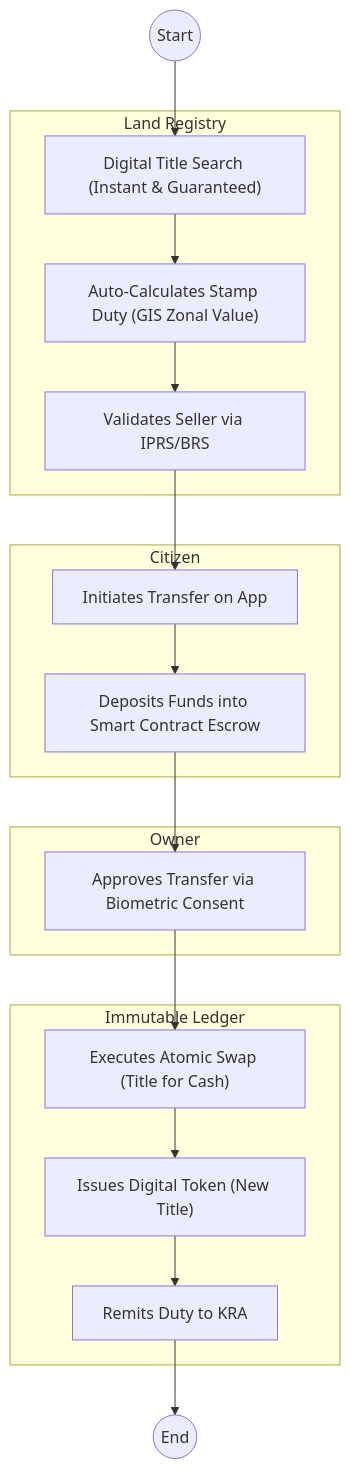
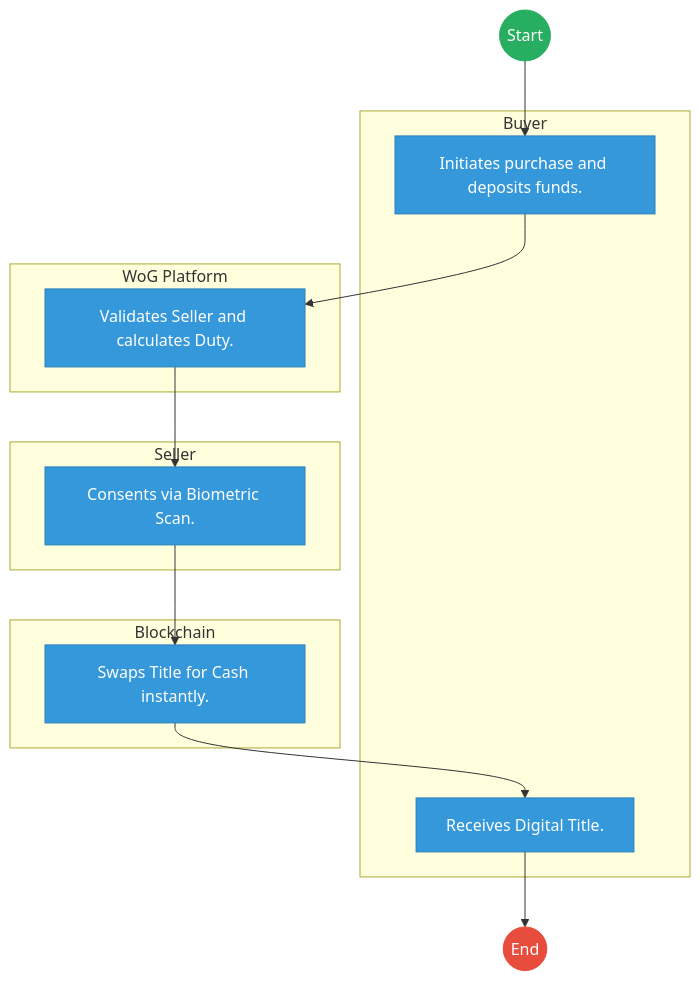
Before and after one commit to BITZ-IT-Consulting-LTD/ictapoc: the second of 2 diagrams in mdas/docs_final/STATE_DEPARTMENT_FOR_LANDS_AND_PHYSICAL_PLANNING___Service_Delivery.md, drawn with Mermaid. The commit also changed other lines of this file and 461 other files, not shown here.

````diff
--- a/mdas/docs_final/STATE_DEPARTMENT_FOR_LANDS_AND_PHYSICAL_PLANNING___Service_Delivery.md
+++ b/mdas/docs_final/STATE_DEPARTMENT_FOR_LANDS_AND_PHYSICAL_PLANNING___Service_Delivery.md
@@ -133,31 +132,35 @@
 ```mermaid
 graph TD
     Start((Start)) --> S1
-    subgraph WoG_Platform [Land Registry]
-        S1["Digital Title Search (Instant & Guaranteed)"]
-        S2["Auto-Calculates Stamp Duty (GIS Zonal Value)"]
-        S3["Validates Seller via IPRS/BRS"]
+
+    subgraph Buyer [Buyer]
+        S1["Initiates purchase and deposits funds."]
+        S5["Receives Digital Title."]
     end
-    subgraph Buyer [Citizen]
-        S4["Initiates Transfer on App"]
-        S5["Deposits Funds into Smart Contract Escrow"]
+
+    subgraph WoG_Platform [WoG Platform]
+        S2["Validates Seller and calculates Duty."]
     end
-    subgraph Seller [Owner]
-        S6["Approves Transfer via Biometric Consent"]
+
+    subgraph Seller [Seller]
+        S3["Consents via Biometric Scan."]
     end
-    subgraph Blockchain_System [Immutable Ledger]
-        S7["Executes Atomic Swap (Title for Cash)"]
-        S8["Issues Digital Token (New Title)"]
-        S9["Remits Duty to KRA"]
+
+    subgraph Blockchain [Blockchain]
+        S4["Swaps Title for Cash instantly."]
     end
-    
     S1 --> S2
     S2 --> S3
     S3 --> S4
     S4 --> S5
-    S5 --> S6
-    S6 --> S7
-    S7 --> S8
-    S8 --> S9
-    S9 --> End((End))
+    S5 --> End((End))
+
+    classDef start fill:#27ae60,stroke:#27ae60,color:#fff;
+    classDef endNode fill:#e74c3c,stroke:#e74c3c,color:#fff;
+    classDef userTask fill:#3498db,stroke:#2980b9,color:#fff;
+    classDef serviceTask fill:#9b59b6,stroke:#8e44ad,color:#fff;
+
+    class Start start;
+    class End endNode;
+    class S1,S2,S3,S4,S5 userTask;
 ```
````
